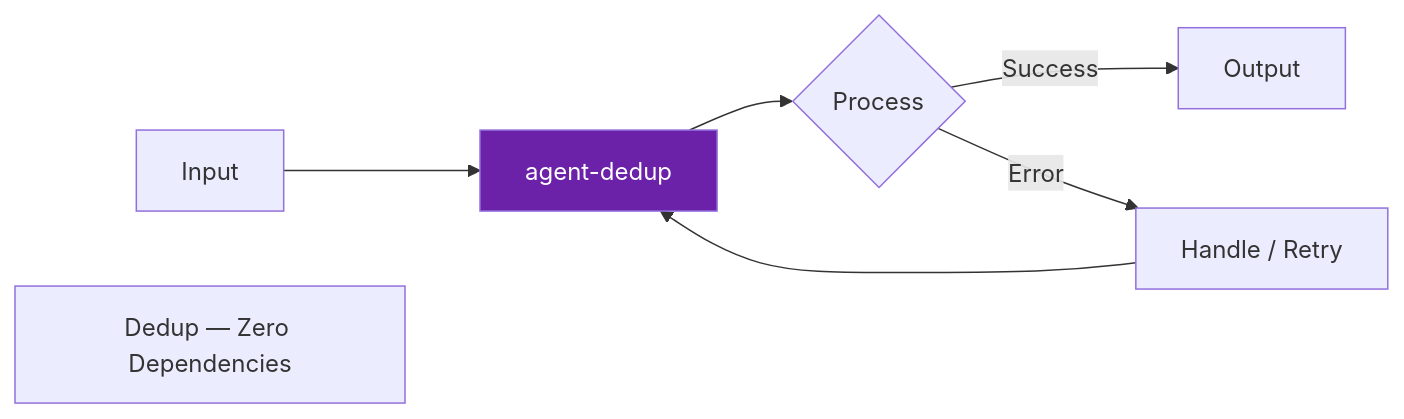
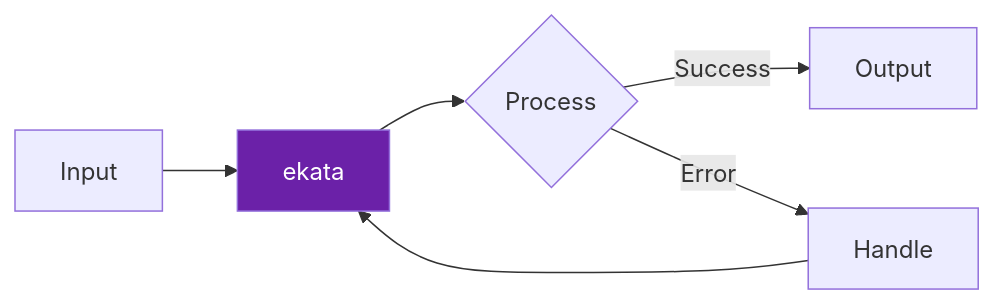
Before and after one commit to darshjme/agent-dedup: the diagram in README.md, drawn with Mermaid. The commit also changed other lines of this file and 1 other file, not shown here.

First line of the commit message:
feat(vedic-v3): rename to ekata (एकता)

````diff
--- a/README.md
+++ b/README.md
@@ -48,10 +39,9 @@
 ```mermaid
 flowchart LR
-    A[Input] --> B[agent-dedup]
+    A[Input] --> B[ekata]
     B --> C{Process}
     C -- Success --> D[Output]
-    C -- Error --> E[Handle / Retry]
+    C -- Error --> E[Handle]
     E --> B
     style B fill:#6b21a8,color:#fff
-    note["Dedup — Zero Dependencies"]
 ```
````
